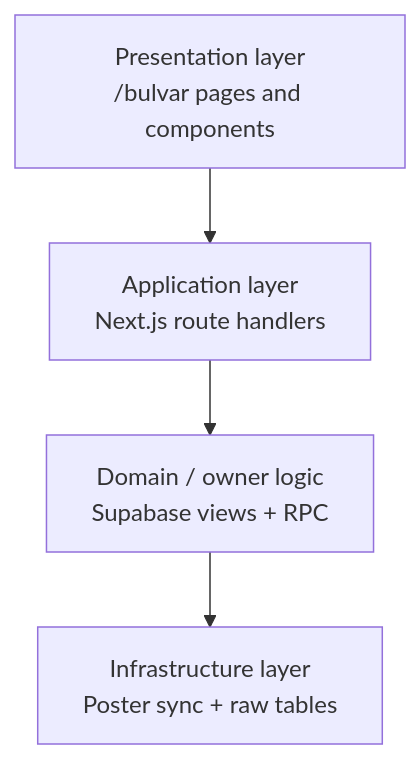
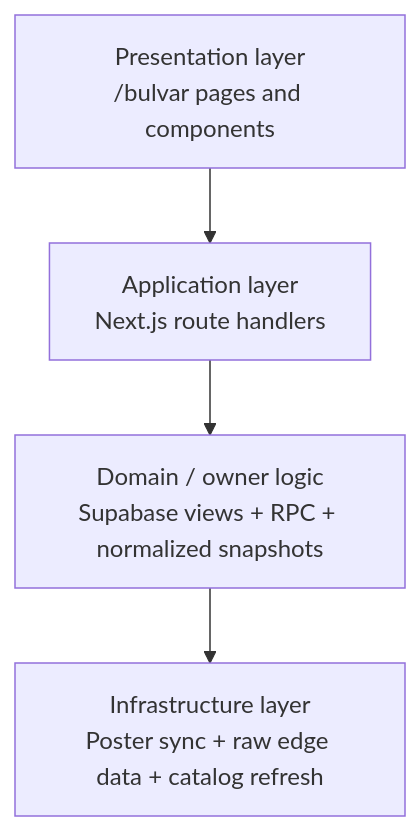
The diagram in docs/bulvar-clean-architecture.md (yobozavrik/operator_v2.2), drawn with Mermaid before and after one commit. The commit also changed other lines of this file and 4 other files, not shown here.

````diff
--- a/docs/bulvar-clean-architecture.md
+++ b/docs/bulvar-clean-architecture.md
@@ -9,6 +9,6 @@
 ```mermaid
 flowchart TB
     Presentation["Presentation layer<br/>/bulvar pages and components"] --> Application["Application layer<br/>Next.js route handlers"]
-    Application --> Domain["Domain / owner logic<br/>Supabase views + RPC"]
-    Domain --> Infrastructure["Infrastructure layer<br/>Poster sync + raw tables"]
+    Application --> Domain["Domain / owner logic<br/>Supabase views + RPC + normalized snapshots"]
+    Domain --> Infrastructure["Infrastructure layer<br/>Poster sync + raw edge data + catalog refresh"]
 ```
````
